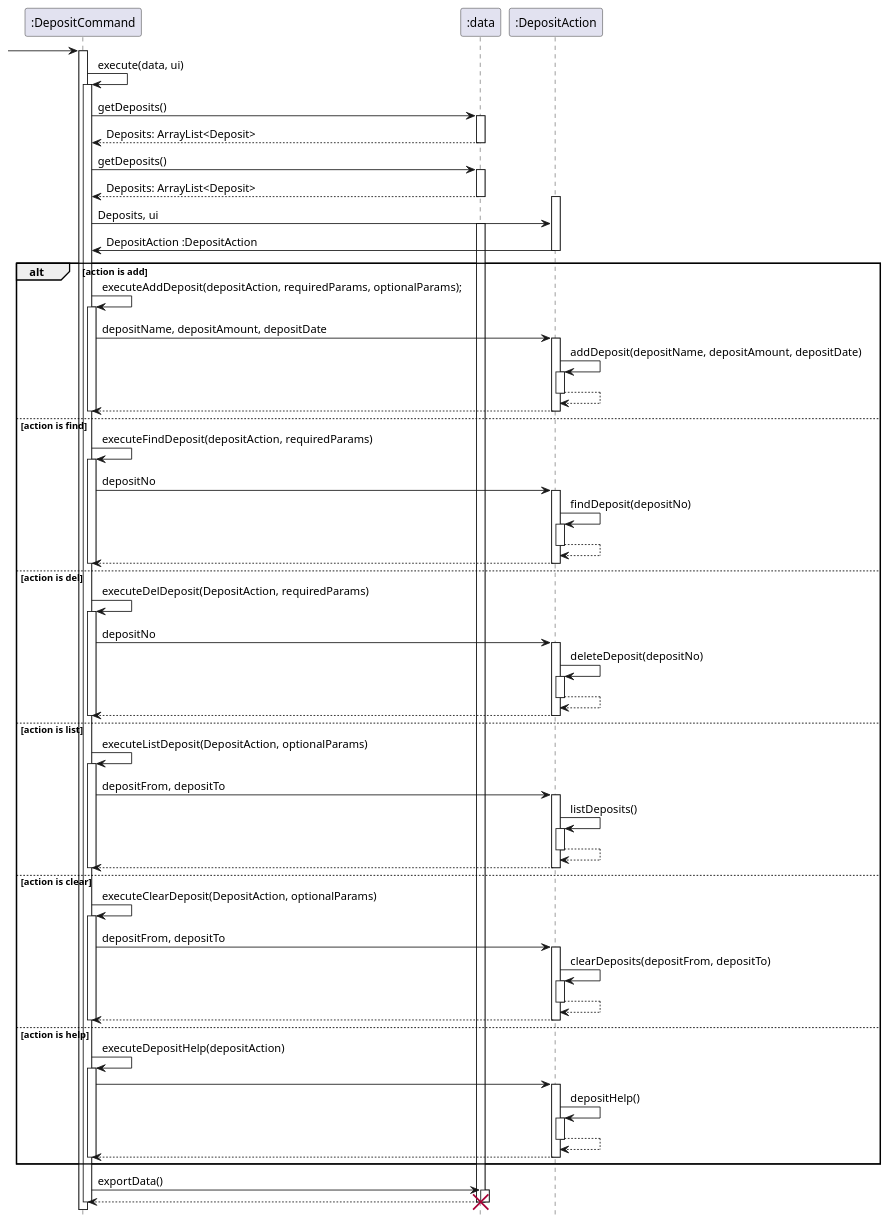
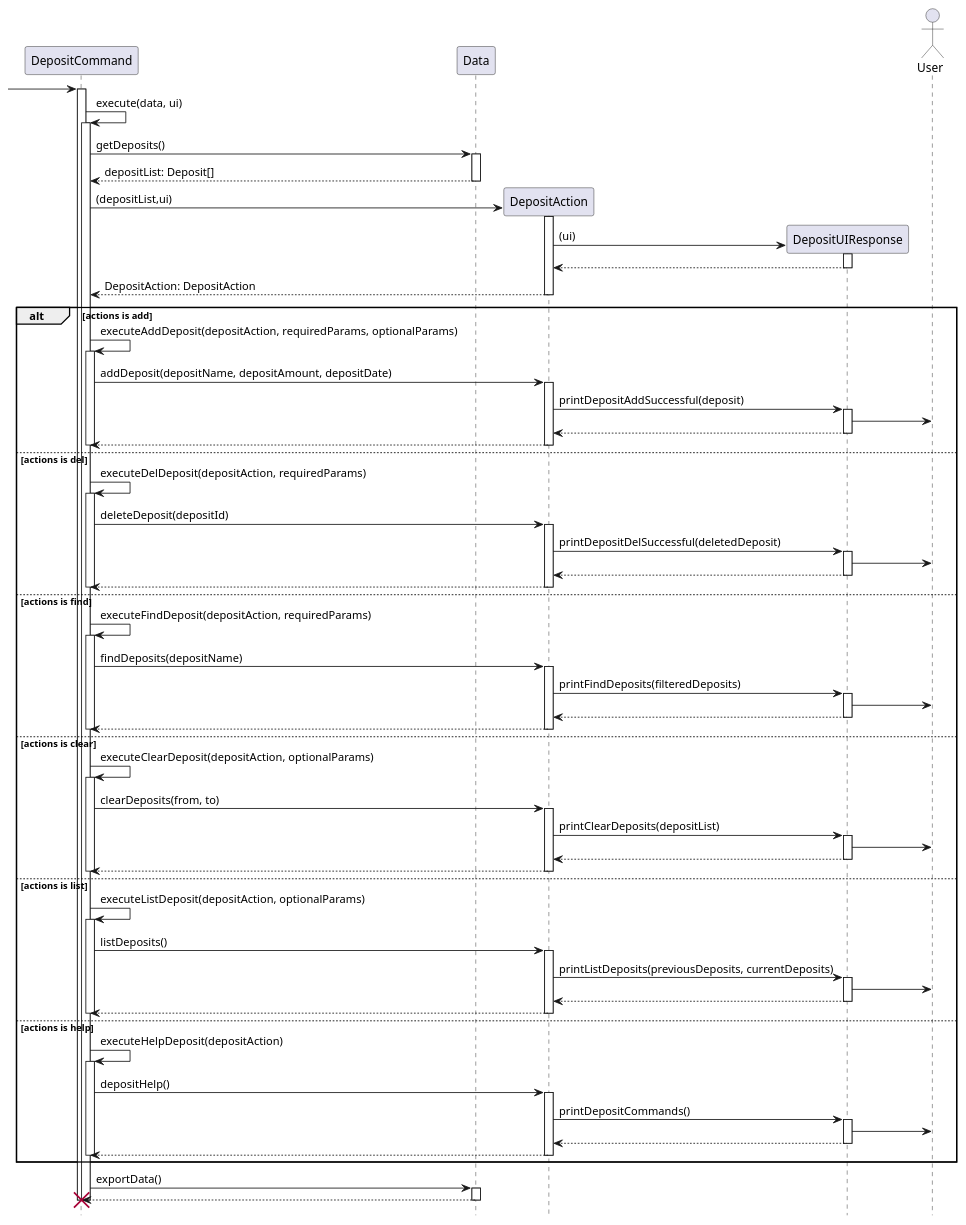
Before and after one commit to stephenkyang/tp: the diagram in docs/diagrams/DepositCommandSequence.puml, drawn with PlantUML. The commit also changed 11 other files, not shown here.

Commit message:
Update Sequence Diagrams and align coding conventions

```diff
--- a/docs/diagrams/DepositCommandSequence.puml
+++ b/docs/diagrams/DepositCommandSequence.puml
@@ -1,126 +1,120 @@
 @startuml
 
 hide footbox
 
- -> ":DepositCommand":
+participant DepositCommand
+participant Data
+participant DepositAction
+participant DepositUIResponse
+actor User
 
-activate ":DepositCommand"
-":DepositCommand" -> ":DepositCommand": execute(data, ui)
-activate  ":DepositCommand"
-":DepositCommand" -> ":data": getDeposits()
+ -> "DepositCommand":
 
-activate ":data"
-return Deposits: ArrayList<Deposit>
-deactivate ":data"
+activate "DepositCommand"
+"DepositCommand" -> "DepositCommand": execute(data, ui)
+activate  "DepositCommand"
+"DepositCommand" -> "Data": getDeposits()
+activate "Data"
+return depositList: Deposit[]
+deactivate "Data"
 
-":DepositCommand" -> ":data": getDeposits()
+"DepositCommand" -> "DepositAction" ** : (depositList,ui)
+activate "DepositAction"
 
-activate ":data"
-return Deposits: ArrayList<Deposit>
+"DepositAction" -> "DepositUIResponse" ** : (ui)
+activate "DepositUIResponse"
+"DepositUIResponse" --> "DepositAction"
+deactivate "DepositUIResponse"
+
+return DepositAction: DepositAction
+deactivate "DepositAction"
 
 
-activate ":DepositAction"
-":DepositCommand" -> ":DepositAction" : Deposits, ui
-activate ":data"
-":DepositAction" -> ":DepositCommand" : DepositAction :DepositAction
-deactivate ":DepositAction"
-
-
-alt action is add
-":DepositCommand" -> ":DepositCommand": executeAddDeposit(depositAction, requiredParams, optionalParams);
-activate ":DepositCommand"
-":DepositCommand" -> ":DepositAction" : depositName, depositAmount, depositDate
-activate ":DepositAction"
-":DepositAction" -> ":DepositAction" : addDeposit(depositName, depositAmount, depositDate)
-activate ":DepositAction"
-
+alt actions is add
+"DepositCommand" -> "DepositCommand": executeAddDeposit(depositAction, requiredParams, optionalParams)
+activate "DepositCommand"
+"DepositCommand" -> "DepositAction" : addDeposit(depositName, depositAmount, depositDate)
+activate "DepositAction"
+"DepositAction" -> "DepositUIResponse" : printDepositAddSuccessful(deposit)
+activate "DepositUIResponse"
+"DepositUIResponse" -> User
 return
 return
 
-deactivate ":DepositCommand"
+deactivate "DepositCommand"
 
-
-else action is find
-":DepositCommand" -> ":DepositCommand": executeFindDeposit(depositAction, requiredParams)
-
-activate ":DepositCommand"
-":DepositCommand" -> ":DepositAction" : depositNo
-activate ":DepositAction"
-":DepositAction" -> ":DepositAction" : findDeposit(depositNo)
-activate ":DepositAction"
-
+else actions is del
+"DepositCommand" -> "DepositCommand": executeDelDeposit(depositAction, requiredParams)
+activate "DepositCommand"
+"DepositCommand" -> "DepositAction" : deleteDeposit(depositId)
+activate "DepositAction"
+"DepositAction" -> "DepositUIResponse" : printDepositDelSuccessful(deletedDeposit)
+activate "DepositUIResponse"
+"DepositUIResponse" -> User
 return
 return
 
-deactivate ":DepositCommand"
+deactivate "DepositCommand"
 
-
-else action is del
-":DepositCommand" -> ":DepositCommand": executeDelDeposit(DepositAction, requiredParams)
-activate ":DepositCommand"
-":DepositCommand" -> ":DepositAction" : depositNo
-activate ":DepositAction"
-":DepositAction" -> ":DepositAction" : deleteDeposit(depositNo)
-activate ":DepositAction"
-
+else actions is find
+"DepositCommand" -> "DepositCommand": executeFindDeposit(depositAction, requiredParams)
+activate "DepositCommand"
+"DepositCommand" -> "DepositAction" : findDeposits(depositName)
+activate "DepositAction"
+"DepositAction" -> "DepositUIResponse" : printFindDeposits(filteredDeposits)
+activate "DepositUIResponse"
+"DepositUIResponse" -> User
 return
 return
 
-deactivate ":DepositCommand"
+deactivate "DepositCommand"
 
-else action is list
-
-":DepositCommand" -> ":DepositCommand": executeListDeposit(DepositAction, optionalParams)
-activate ":DepositCommand"
-":DepositCommand" -> ":DepositAction" : depositFrom, depositTo
-activate ":DepositAction"
-":DepositAction" -> ":DepositAction" : listDeposits()
-activate ":DepositAction"
-
+else actions is clear
+"DepositCommand" -> "DepositCommand": executeClearDeposit(depositAction, optionalParams)
+activate "DepositCommand"
+"DepositCommand" -> "DepositAction" : clearDeposits(from, to)
+activate "DepositAction"
+"DepositAction" -> "DepositUIResponse" : printClearDeposits(depositList)
+activate "DepositUIResponse"
+"DepositUIResponse" -> User
 return
 return
 
-deactivate ":DepositCommand"
+deactivate "DepositCommand"
 
-else action is clear
-":DepositCommand" -> ":DepositCommand": executeClearDeposit(DepositAction, optionalParams)
-activate ":DepositCommand"
-":DepositCommand" -> ":DepositAction" : depositFrom, depositTo
-activate ":DepositAction"
-":DepositAction" -> ":DepositAction" : clearDeposits(depositFrom, depositTo)
-activate ":DepositAction"
+else actions is list
+"DepositCommand" -> "DepositCommand": executeListDeposit(depositAction, optionalParams)
+activate "DepositCommand"
+"DepositCommand" -> "DepositAction" : listDeposits()
+activate "DepositAction"
+"DepositAction" -> "DepositUIResponse" : printListDeposits(previousDeposits, currentDeposits)
+activate "DepositUIResponse"
+"DepositUIResponse" -> User
 return
 return
 
-deactivate ":DepositCommand"
+deactivate "DepositCommand"
 
-else action is help
-":DepositCommand" -> ":DepositCommand": executeDepositHelp(depositAction)
-activate ":DepositCommand"
-":DepositCommand" -> ":DepositAction"
-activate ":DepositAction"
-":DepositAction" -> ":DepositAction" : depositHelp()
-activate ":DepositAction"
+else actions is help
+"DepositCommand" -> "DepositCommand": executeHelpDeposit(depositAction)
+activate "DepositCommand"
+"DepositCommand" -> "DepositAction" : depositHelp()
+activate "DepositAction"
+"DepositAction" -> "DepositUIResponse" : printDepositCommands()
+activate "DepositUIResponse"
+"DepositUIResponse" -> User
 return
 return
 
+deactivate "DepositCommand"
+end
 
-deactivate ":DepositCommand"
+"DepositCommand" -> "Data": exportData()
+activate "Data"
+return
+deactivate "Data"
 
-
-
-end
-":DepositCommand" -> ":data": exportData()
-activate ":data"
-return
-
-deactivate ":data"
-destroy ":data"
-
-deactivate ":data"
-deactivate ":DepositCommand"
-
-
-
+destroy "DepositCommand"
+deactivate "DepositCommand"
 
 @enduml
```
